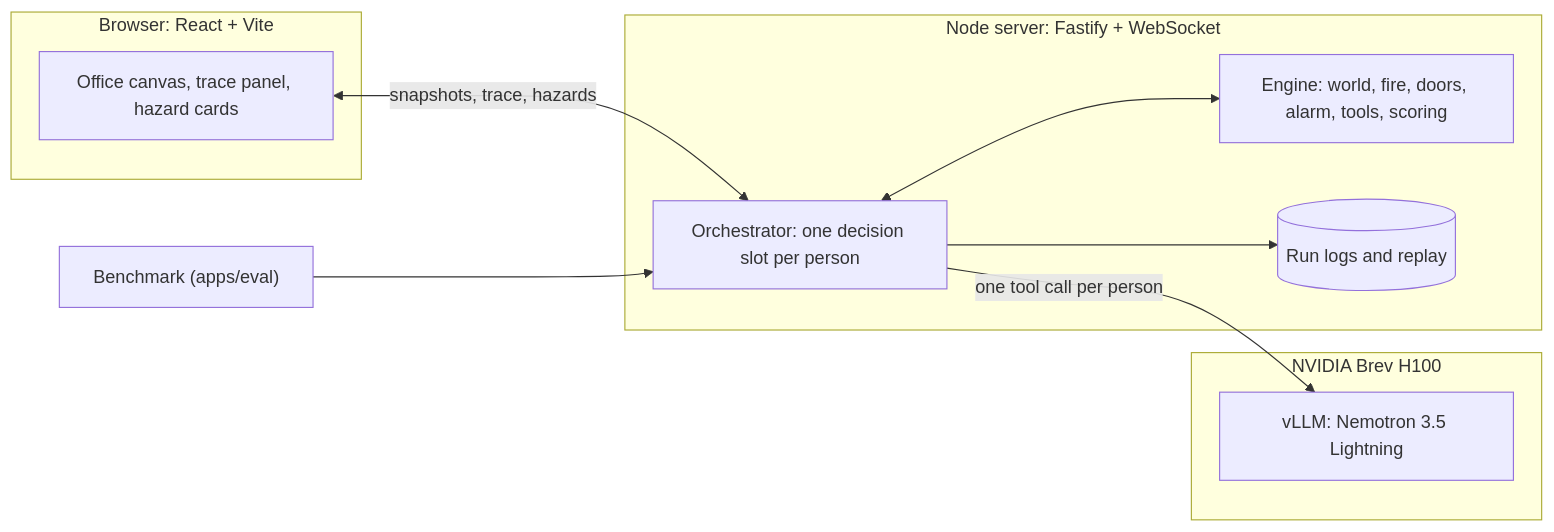
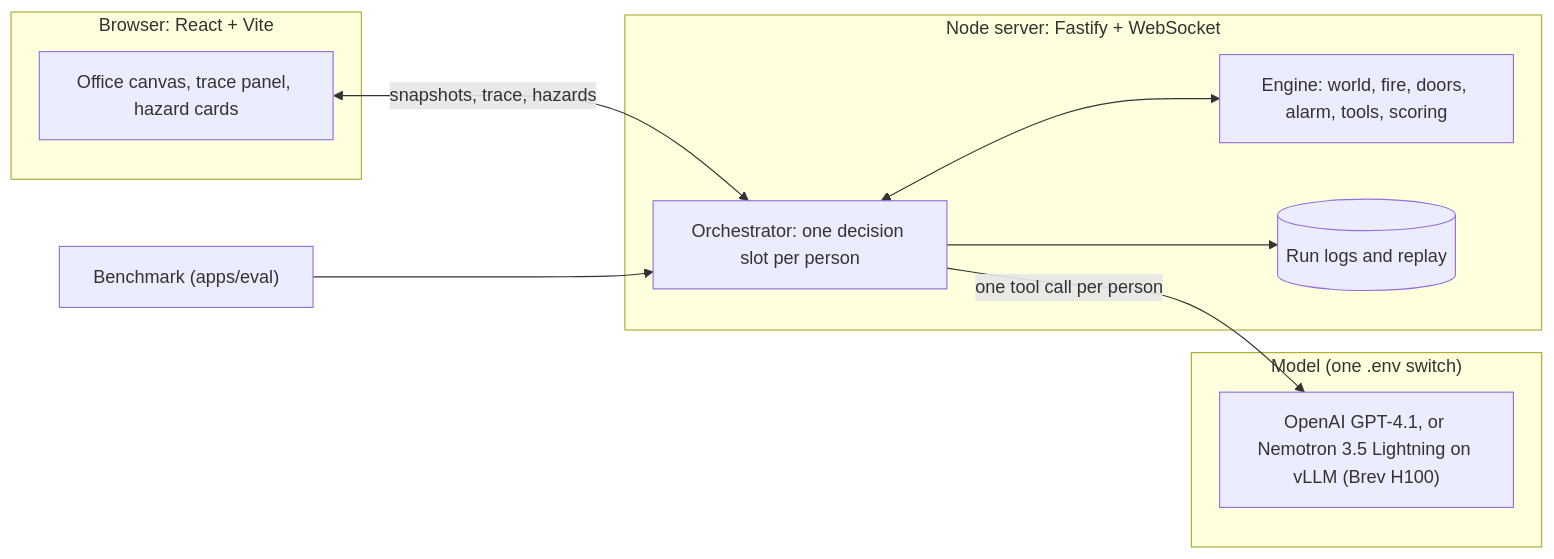
One commit to RameezMilk/escape-redhat changed the diagram in README.md. Above: the diagram before and after it, drawn with Mermaid. The commit also changed other lines of this file and 2 other files, not shown here.

Commit message:
Docs: model profiles, repo map, CI badge; label every measured number as self-hosted Nemotron

````diff
--- a/README.md
+++ b/README.md
@@ -79,19 +83,19 @@
 ```mermaid
 flowchart LR
   subgraph Browser["Browser: React + Vite"]
     UI["Office canvas, trace panel, hazard cards"]
   end
   subgraph Server["Node server: Fastify + WebSocket"]
     O["Orchestrator: one decision slot per person"]
     E["Engine: world, fire, doors, alarm, tools, scoring"]
     L[("Run logs and replay")]
   end
-  subgraph GPU["NVIDIA Brev H100"]
-    M["vLLM: Nemotron 3.5 Lightning"]
+  subgraph Model["Model (one .env switch)"]
+    M["OpenAI GPT-4.1, or Nemotron 3.5 Lightning on vLLM (Brev H100)"]
   end
   UI <-->|"snapshots, trace, hazards"| O
   O <--> E
   O -->|"one tool call per person"| M
   O --> L
   B["Benchmark (apps/eval)"] --> O
 ```
````
